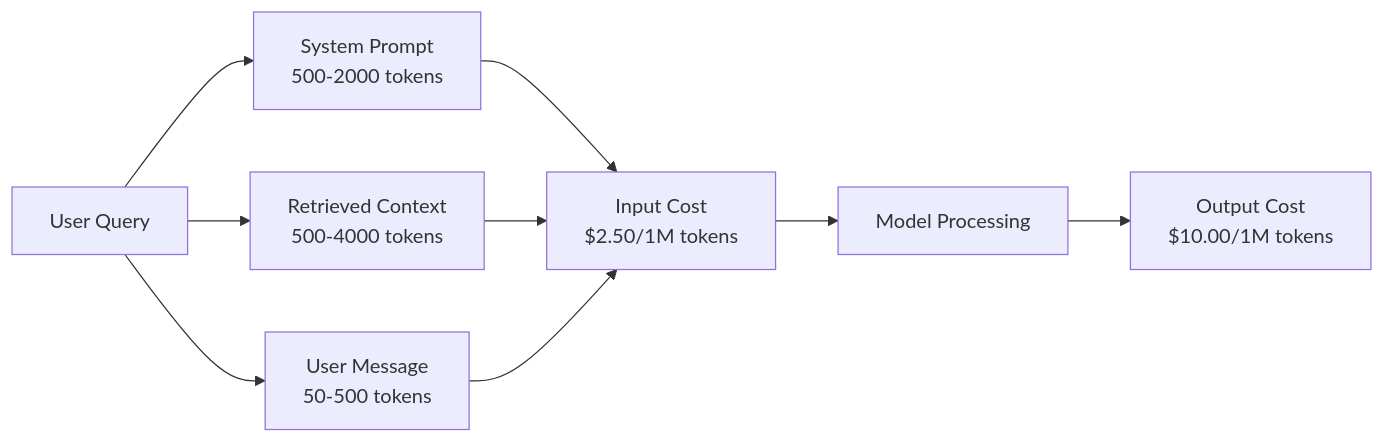
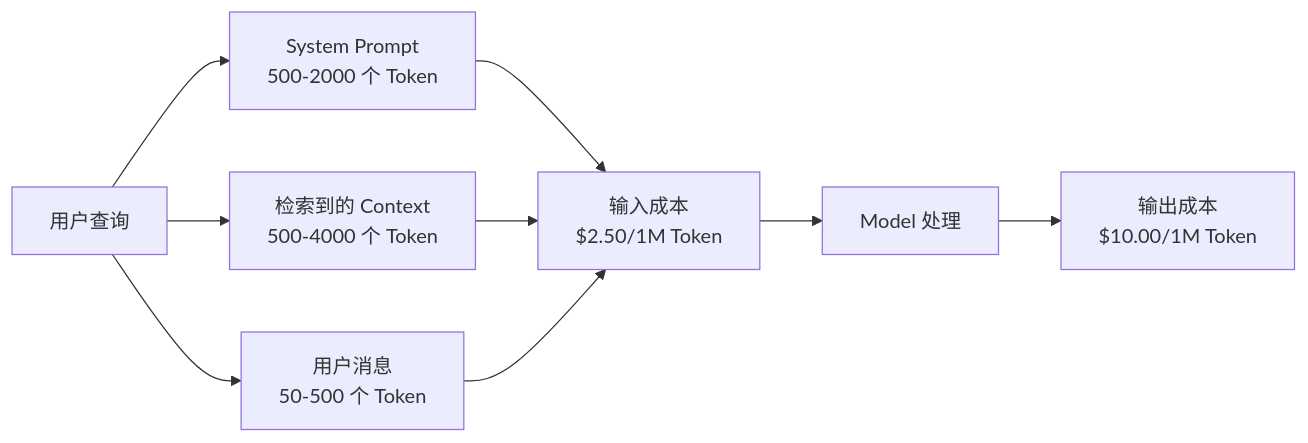
Before and after one commit to cluster1900/ai-engineering-from-scratch-zh: the first of 3 diagrams in phases/11-llm-engineering/11-caching-cost/docs/en.md, drawn with Mermaid. The commit also changed other lines of this file and 1 other file, not shown here.

````diff
--- a/phases/11-llm-engineering/11-caching-cost/docs/en.md
+++ b/phases/11-llm-engineering/11-caching-cost/docs/en.md
@@ -49,11 +49,11 @@
 ```mermaid
 graph LR
-    A[User Query] --> B[System Prompt<br/>500-2000 tokens]
-    A --> C[Retrieved Context<br/>500-4000 tokens]
-    A --> D[User Message<br/>50-500 tokens]
-    B --> E[Input Cost<br/>$2.50/1M tokens]
+    A[用户查询] --> B[System Prompt<br/>500-2000 个 Token]
+    A --> C[检索到的 Context<br/>500-4000 个 Token]
+    A --> D[用户消息<br/>50-500 个 Token]
+    B --> E[输入成本<br/>$2.50/1M Token]
     C --> E
     D --> E
-    E --> F[Model Processing]
-    F --> G[Output Cost<br/>$10.00/1M tokens]
+    E --> F[Model 处理]
+    F --> G[输出成本<br/>$10.00/1M Token]
 ```
````
